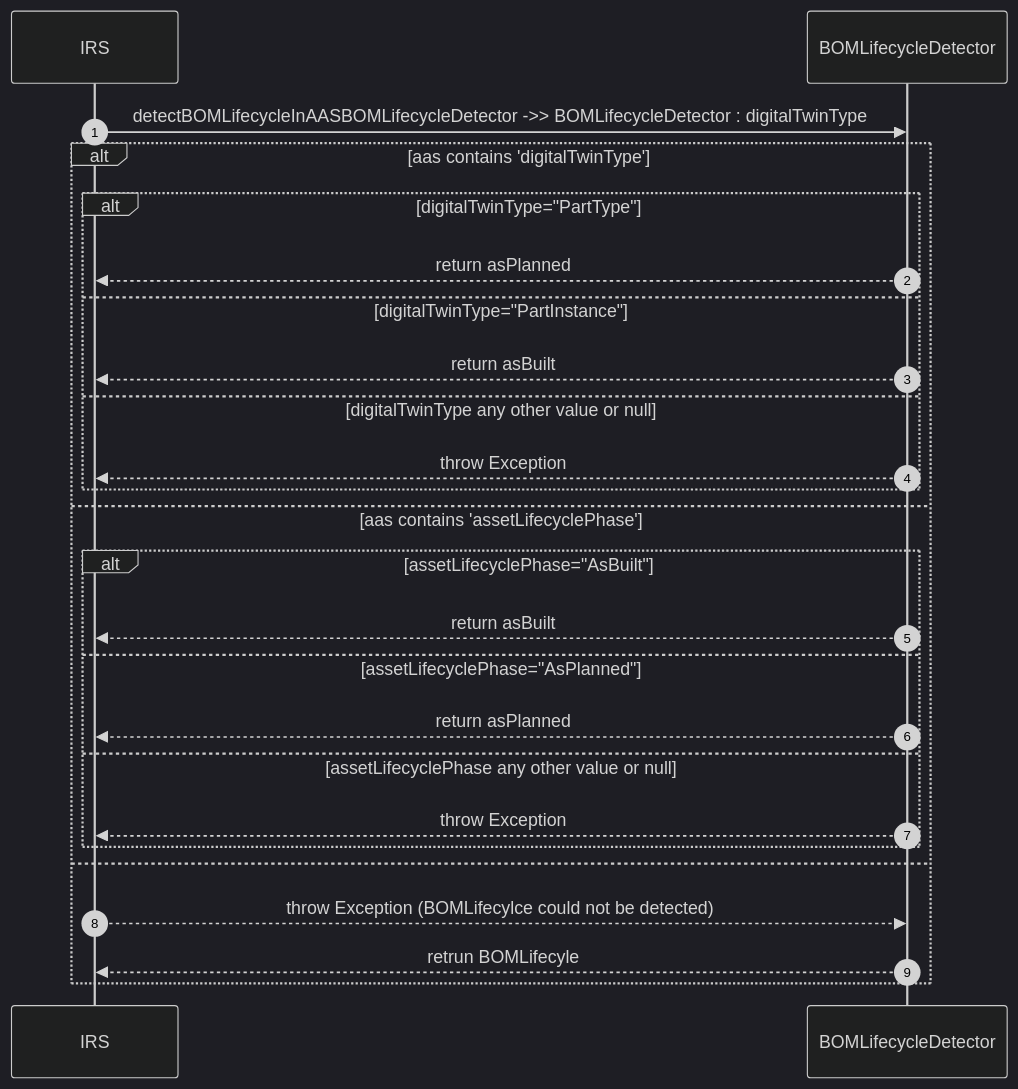
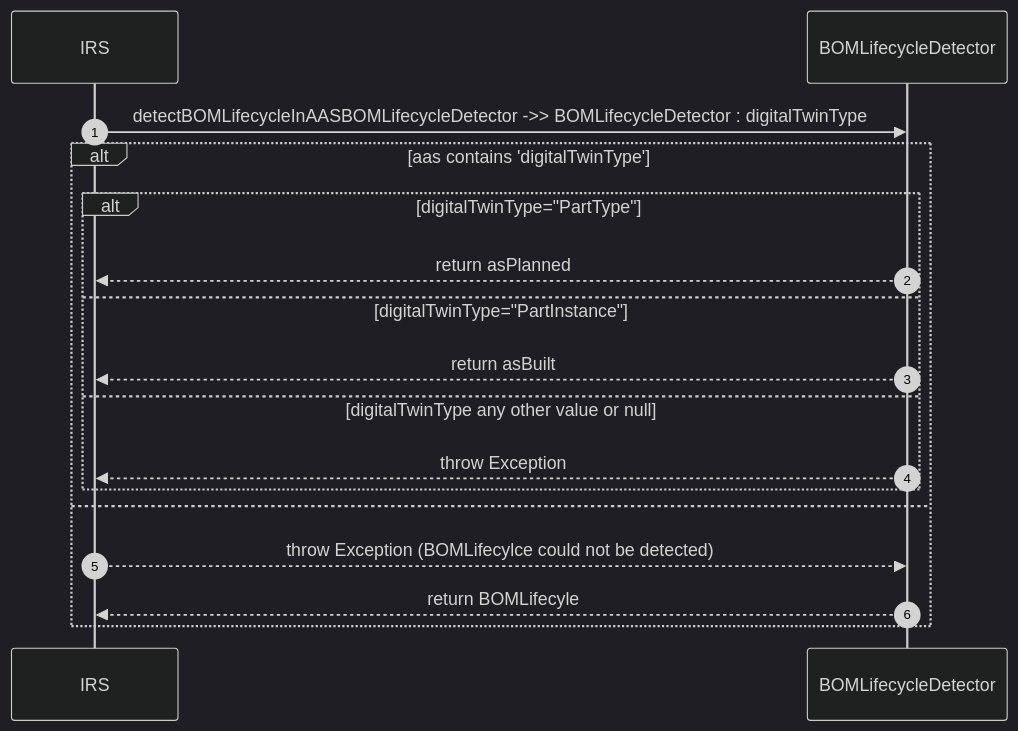
One commit to eclipse-tractusx/item-relationship-service changed the diagram in docs/concept/#367-adapt-to-changes-of-industry-core/#367-adapt-to-changes-industry-core.md. Above: the diagram before and after it, drawn with Mermaid. The commit also changed other lines of this file, not shown here.

Commit message:
fix(concept):[#367] fix typos

`````diff
--- a/docs/concept/#367-adapt-to-changes-of-industry-core/#367-adapt-to-changes-industry-core.md
+++ b/docs/concept/#367-adapt-to-changes-of-industry-core/#367-adapt-to-changes-industry-core.md
@@ -88,28 +91,20 @@
 ````mermaid
 
 sequenceDiagram
     %%{init: {'theme': 'dark', 'themeVariables': { 'fontSize': '15px'}}}%%
     autonumber
     IRS ->> BOMLifecycleDetector : detectBOMLifecycleInAASBOMLifecycleDetector ->> BOMLifecycleDetector : digitalTwinType
 alt aas contains 'digitalTwinType' 
     alt digitalTwinType="PartType"
        BOMLifecycleDetector -->>  IRS : return asPlanned
     else digitalTwinType="PartInstance"
        BOMLifecycleDetector -->>  IRS : return asBuilt
     else digitalTwinType any other value or null
        BOMLifecycleDetector -->>  IRS : throw Exception
     end
-else   aas contains 'assetLifecyclePhase'
-   alt assetLifecyclePhase="AsBuilt"
-        BOMLifecycleDetector -->>  IRS : return asBuilt  
-   else assetLifecyclePhase="AsPlanned"
-        BOMLifecycleDetector -->>  IRS : return asPlanned
-   else assetLifecyclePhase any other value or null
-        BOMLifecycleDetector -->>  IRS :   throw Exception
-   end
 else
    IRS -->> BOMLifecycleDetector : throw Exception (BOMLifecylce could not be detected)
-   BOMLifecycleDetector -->> IRS : retrun BOMLifecyle
+   BOMLifecycleDetector -->> IRS : return BOMLifecyle
 end   
 
 ````
`````
